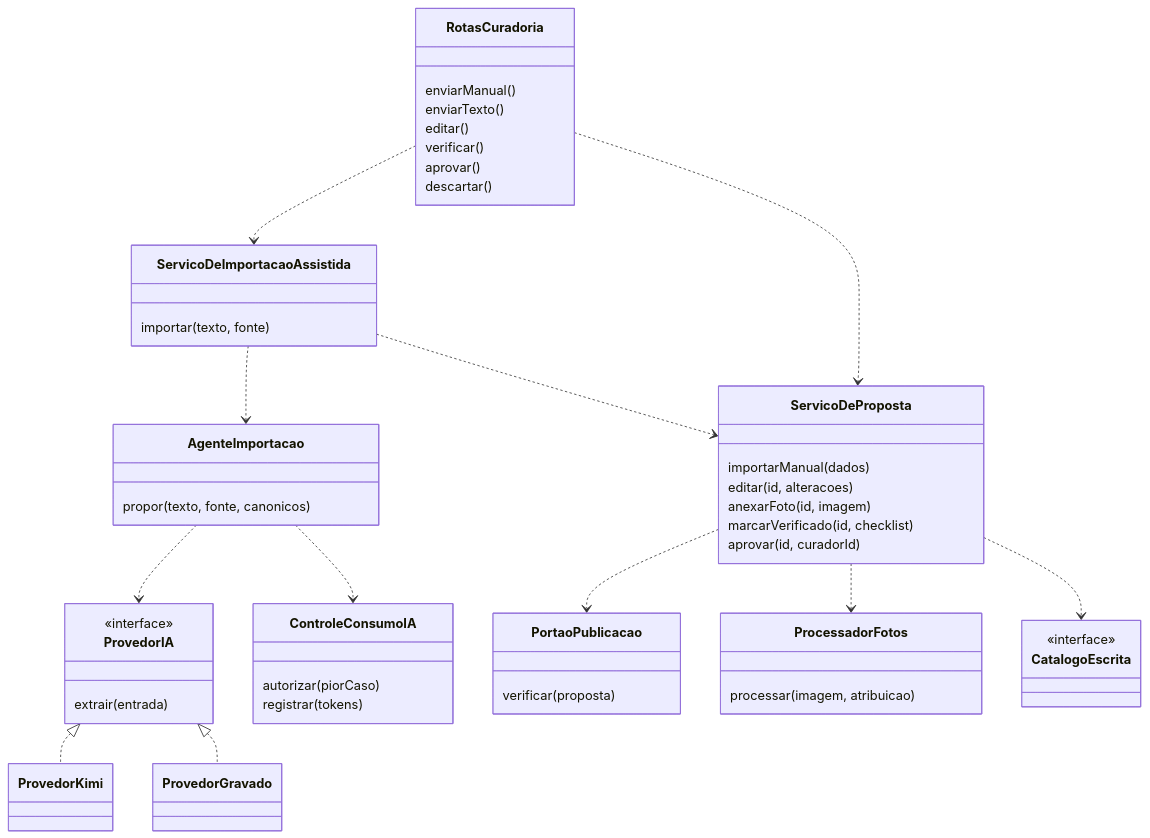
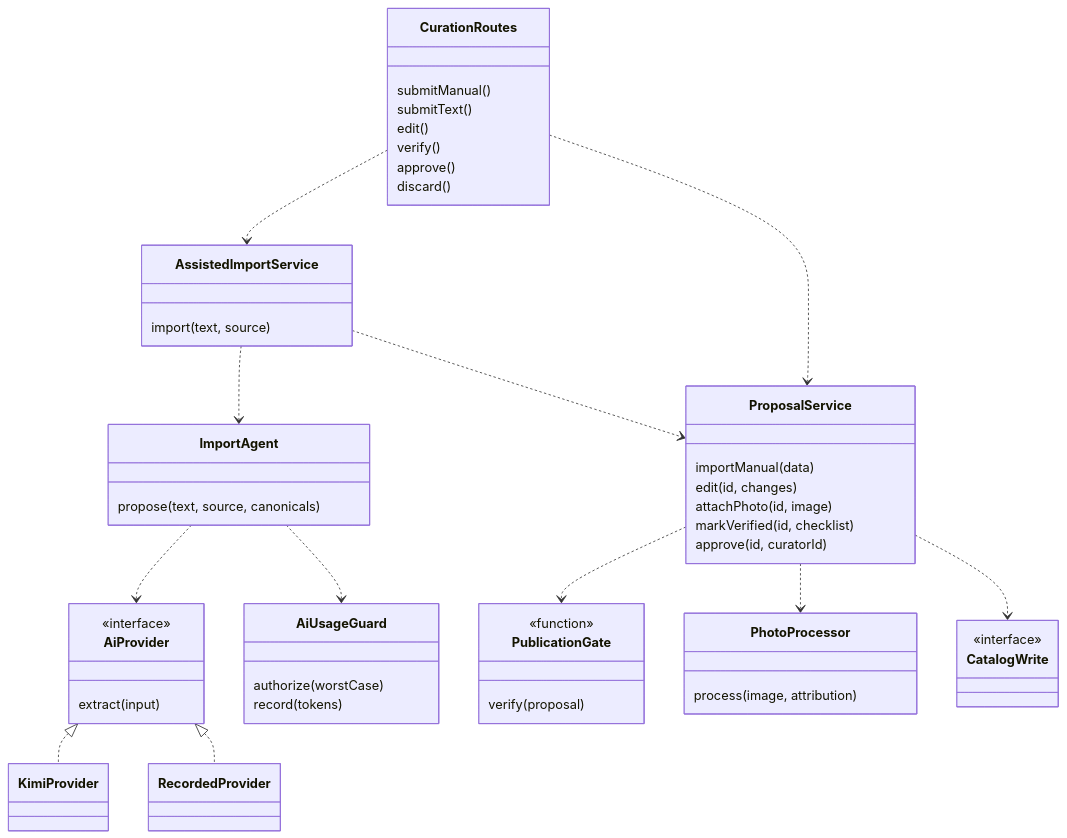
The seventh of 11 diagrams in docs/fase2/2.6-diagramas_fluxos_contratos/diagrama-classes.md (AnnyFilgueiras/projeto_tsi), drawn with Mermaid before and after one commit. The commit also changed other lines of this file and 4 other files, not shown here.

Commit message:
docs: update class diagram and sequences to v1.1 (English identifiers, Tx)

````diff
--- a/docs/fase2/2.6-diagramas_fluxos_contratos/diagrama-classes.md
+++ b/docs/fase2/2.6-diagramas_fluxos_contratos/diagrama-classes.md
@@ -397,54 +414,55 @@
 ```mermaid
 classDiagram
-  class RotasCuradoria {
-    enviarManual()
-    enviarTexto()
-    editar()
-    verificar()
-    aprovar()
-    descartar()
+  class CurationRoutes {
+    submitManual()
+    submitText()
+    edit()
+    verify()
+    approve()
+    discard()
   }
-  class ServicoDeProposta {
-    importarManual(dados)
-    editar(id, alteracoes)
-    anexarFoto(id, imagem)
-    marcarVerificado(id, checklist)
-    aprovar(id, curadorId)
+  class ProposalService {
+    importManual(data)
+    edit(id, changes)
+    attachPhoto(id, image)
+    markVerified(id, checklist)
+    approve(id, curatorId)
   }
-  class ServicoDeImportacaoAssistida {
-    importar(texto, fonte)
+  class AssistedImportService {
+    import(text, source)
   }
-  class AgenteImportacao {
-    propor(texto, fonte, canonicos)
+  class ImportAgent {
+    propose(text, source, canonicals)
   }
-  class ProvedorIA {
+  class AiProvider {
     <<interface>>
-    extrair(entrada)
+    extract(input)
   }
-  class ProvedorKimi
-  class ProvedorGravado
-  class ControleConsumoIA {
-    autorizar(piorCaso)
-    registrar(tokens)
+  class KimiProvider
+  class RecordedProvider
+  class AiUsageGuard {
+    authorize(worstCase)
+    record(tokens)
   }
-  class PortaoPublicacao {
-    verificar(proposta)
+  class PublicationGate {
+    <<function>>
+    verify(proposal)
   }
-  class ProcessadorFotos {
-    processar(imagem, atribuicao)
+  class PhotoProcessor {
+    process(image, attribution)
   }
-  class CatalogoEscrita {
+  class CatalogWrite {
     <<interface>>
   }
-  RotasCuradoria ..> ServicoDeProposta
-  RotasCuradoria ..> ServicoDeImportacaoAssistida
-  ServicoDeImportacaoAssistida ..> AgenteImportacao
-  ServicoDeImportacaoAssistida ..> ServicoDeProposta
-  AgenteImportacao ..> ProvedorIA
-  AgenteImportacao ..> ControleConsumoIA
-  ProvedorIA <|.. ProvedorKimi
-  ProvedorIA <|.. ProvedorGravado
-  ServicoDeProposta ..> PortaoPublicacao
-  ServicoDeProposta ..> ProcessadorFotos
-  ServicoDeProposta ..> CatalogoEscrita
+  CurationRoutes ..> ProposalService
+  CurationRoutes ..> AssistedImportService
+  AssistedImportService ..> ImportAgent
+  AssistedImportService ..> ProposalService
+  ImportAgent ..> AiProvider
+  ImportAgent ..> AiUsageGuard
+  AiProvider <|.. KimiProvider
+  AiProvider <|.. RecordedProvider
+  ProposalService ..> PublicationGate
+  ProposalService ..> PhotoProcessor
+  ProposalService ..> CatalogWrite
 ```
````
